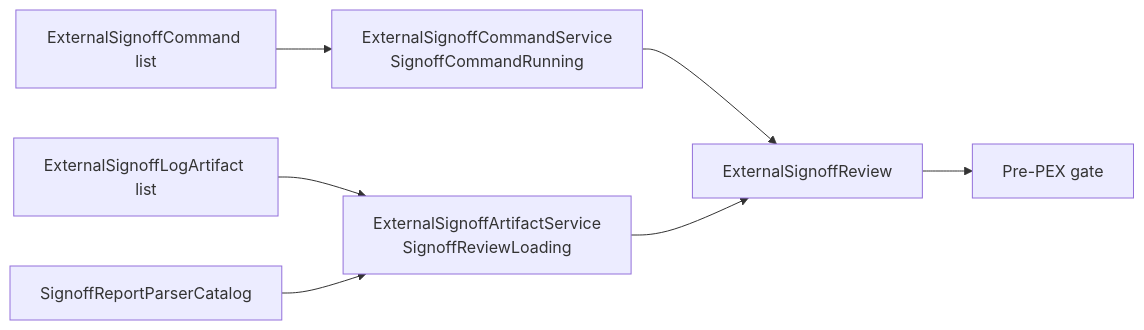
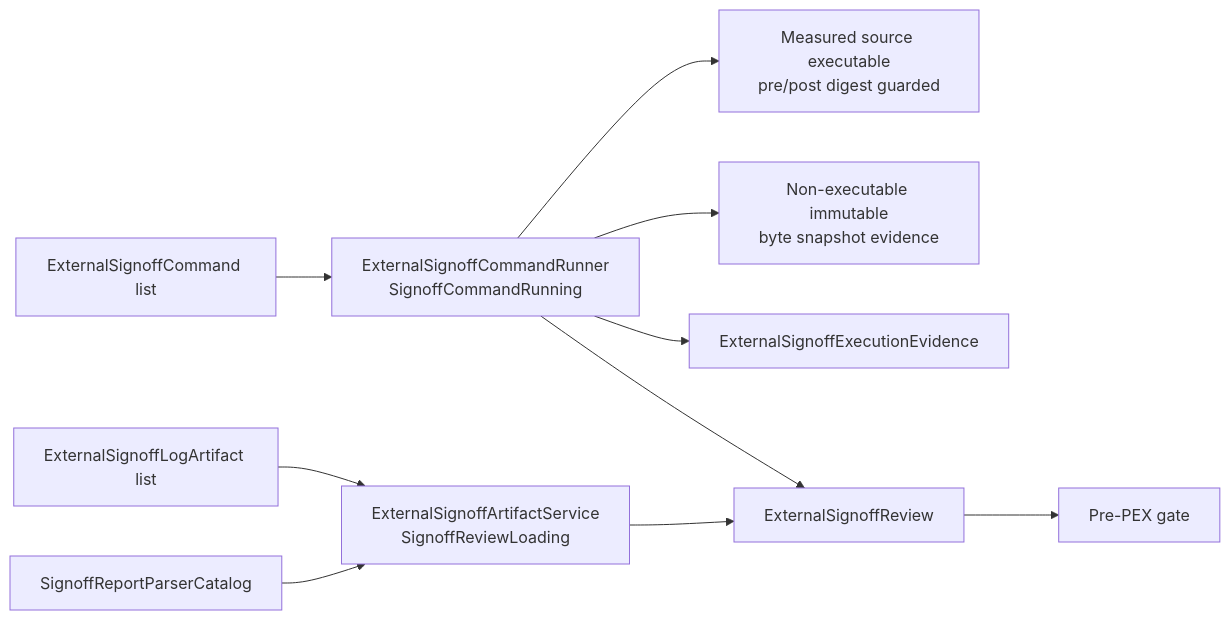
Before and after one commit to 1amageek/circuit-studio: the first of 2 diagrams in docs/signoff-adapters.md, drawn with Mermaid. The commit also changed other lines of this file and 71 other files, not shown here.

Commit message:
Integrate auditable signoff review and repair cycles

````diff
--- a/docs/signoff-adapters.md
+++ b/docs/signoff-adapters.md
@@ -7,15 +7,22 @@
 ```mermaid
 flowchart LR
   Commands["ExternalSignoffCommand list"]
-  Runner["ExternalSignoffCommandService\nSignoffCommandRunning"]
+  Runner["ExternalSignoffCommandRunner\nSignoffCommandRunning"]
+  Source["Measured source executable\npre/post digest guarded"]
+  Snapshot["Non-executable immutable\nbyte snapshot evidence"]
+  Evidence["ExternalSignoffExecutionEvidence"]
   Logs["ExternalSignoffLogArtifact list"]
   Loader["ExternalSignoffArtifactService\nSignoffReviewLoading"]
   Catalog["SignoffReportParserCatalog"]
   Review["ExternalSignoffReview"]
   Gate["Pre-PEX gate"]
 
-  Commands --> Runner --> Review
+  Commands --> Runner
+  Runner --> Source
+  Runner --> Snapshot
+  Runner --> Evidence
+  Runner --> Review
   Logs --> Loader --> Review
   Catalog --> Loader
   Review --> Gate
 ```
````
